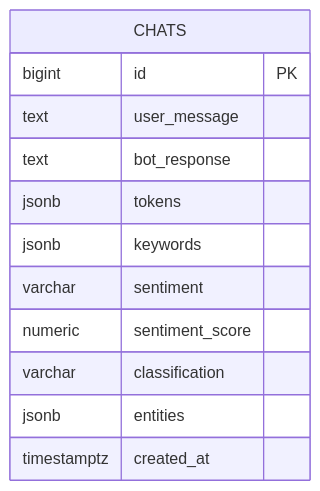
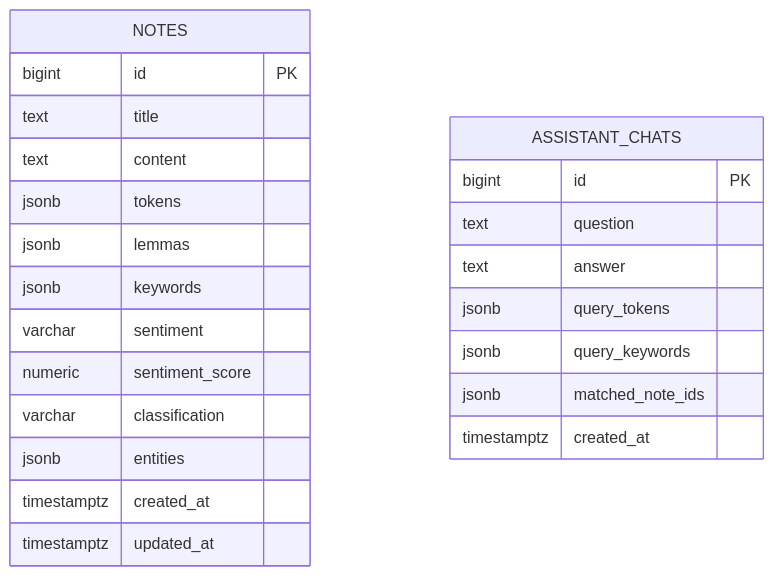
The diagram in docs/er_diagram.mmd (noobprogrammer333/CS-ELEC), drawn with Mermaid before and after one commit. The commit also changed 16 other files, not shown here.

First line of the commit message:
Build NoteAI speech notes assistant (#3)

```diff
--- a/docs/er_diagram.mmd
+++ b/docs/er_diagram.mmd
@@ -1,13 +1,25 @@
 erDiagram
-    CHATS {
+    NOTES {
         bigint id PK
-        text user_message
-        text bot_response
+        text title
+        text content
         jsonb tokens
+        jsonb lemmas
         jsonb keywords
         varchar sentiment
         numeric sentiment_score
         varchar classification
         jsonb entities
         timestamptz created_at
+        timestamptz updated_at
     }
+
+    ASSISTANT_CHATS {
+        bigint id PK
+        text question
+        text answer
+        jsonb query_tokens
+        jsonb query_keywords
+        jsonb matched_note_ids
+        timestamptz created_at
+    }
```
